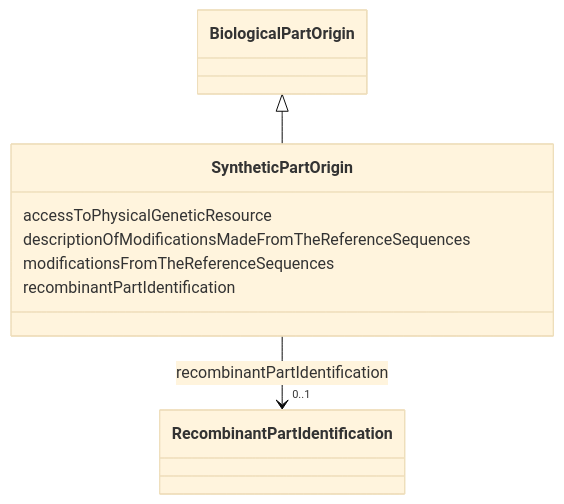
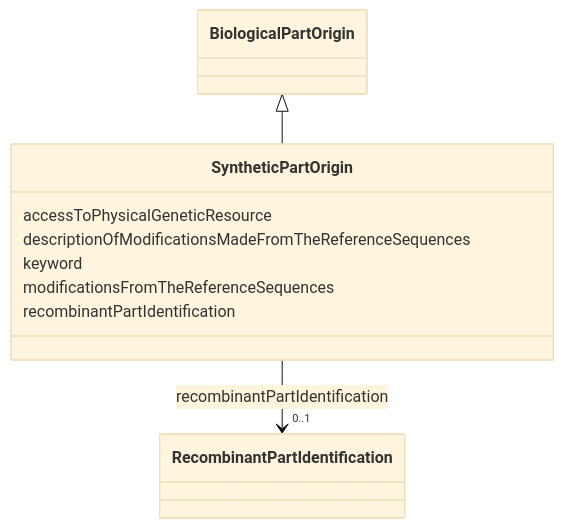
Before and after one commit to EVORA-project/evora-ontology: the diagram in models/docs/SyntheticPartOrigin.md, drawn with Mermaid (base theme). The commit also changed other lines of this file and 402 other files, not shown here.

````diff
--- a/models/docs/SyntheticPartOrigin.md
+++ b/models/docs/SyntheticPartOrigin.md
@@ -19,24 +19,26 @@
 ```mermaid
  classDiagram
     class SyntheticPartOrigin
     click SyntheticPartOrigin href "../SyntheticPartOrigin"
       BiologicalPartOrigin <|-- SyntheticPartOrigin
         click BiologicalPartOrigin href "../BiologicalPartOrigin"
       
       SyntheticPartOrigin : accessToPhysicalGeneticResource
         
       SyntheticPartOrigin : descriptionOfModificationsMadeFromTheReferenceSequences
+        
+      SyntheticPartOrigin : keyword
         
       SyntheticPartOrigin : modificationsFromTheReferenceSequences
         
       SyntheticPartOrigin : recombinantPartIdentification
         
           
     
     
     SyntheticPartOrigin --> "0..1" RecombinantPartIdentification : recombinantPartIdentification
     click RecombinantPartIdentification href "../RecombinantPartIdentification"
 
         
       
 ```
````
